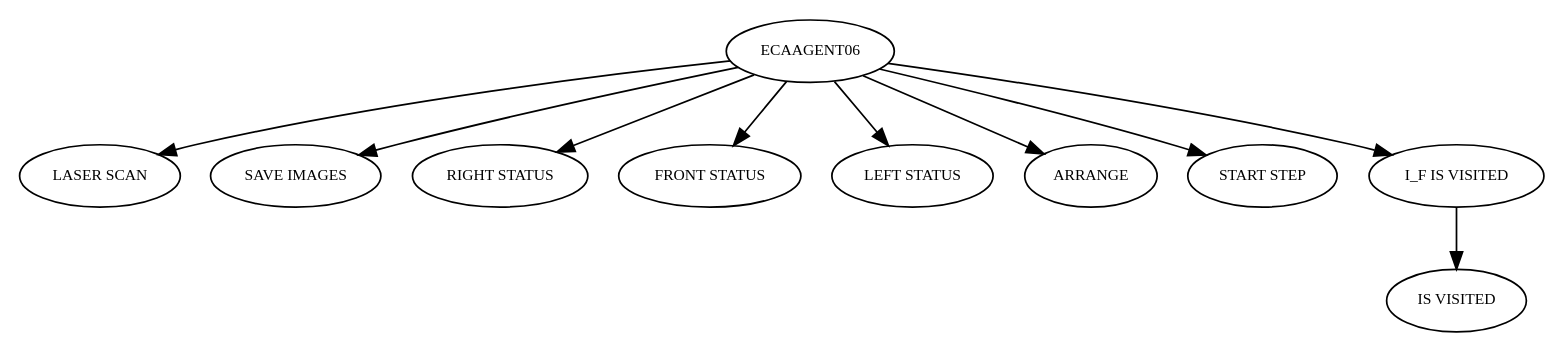
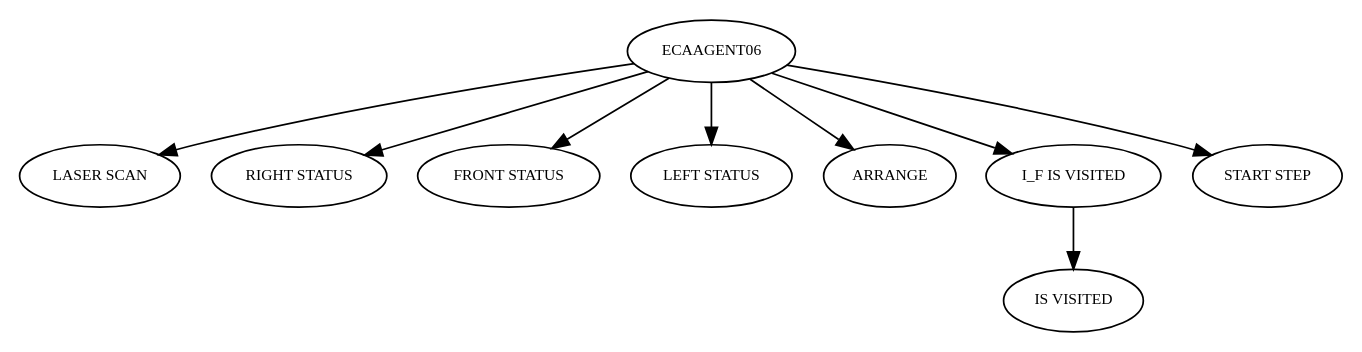
The diagram in tree06.dot (jescasany/adaptor001), drawn with Graphviz before and after one commit. The commit also changed 16 other files, not shown here.

```diff
--- a/tree06.dot
+++ b/tree06.dot
@@ -1,18 +1,17 @@
 strict digraph  {
 	graph [bgcolor=white,
 		ordering=out,
 		rotate=0
 	];
 	node [color=black,
 		fontsize=9
 	];
 	ECAAGENT06 -> "LASER SCAN";
-	ECAAGENT06 -> "SAVE IMAGES";
 	ECAAGENT06 -> "RIGHT STATUS";
 	ECAAGENT06 -> "FRONT STATUS";
 	ECAAGENT06 -> "LEFT STATUS";
 	ECAAGENT06 -> ARRANGE;
+	ECAAGENT06 -> "I_F IS VISITED";
 	ECAAGENT06 -> "START STEP";
-	ECAAGENT06 -> "I_F IS VISITED";
 	"I_F IS VISITED" -> "IS VISITED";
 }
```
